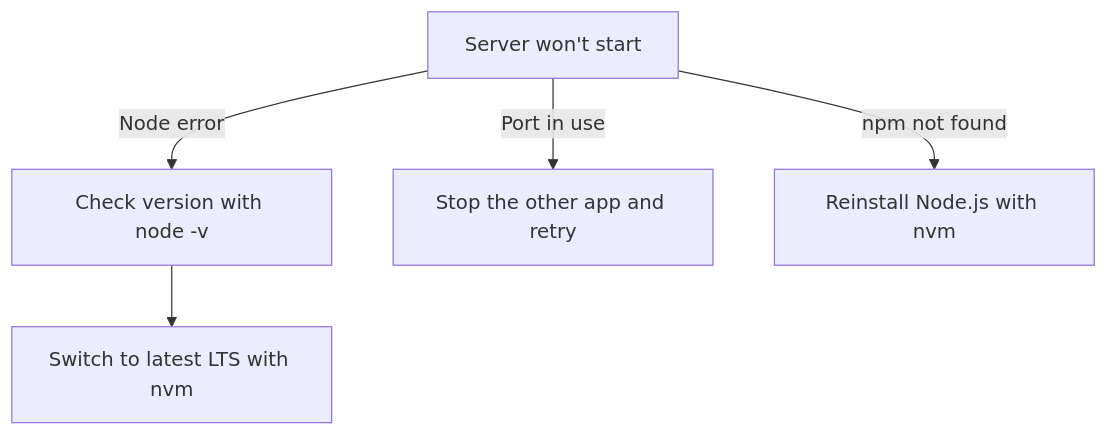
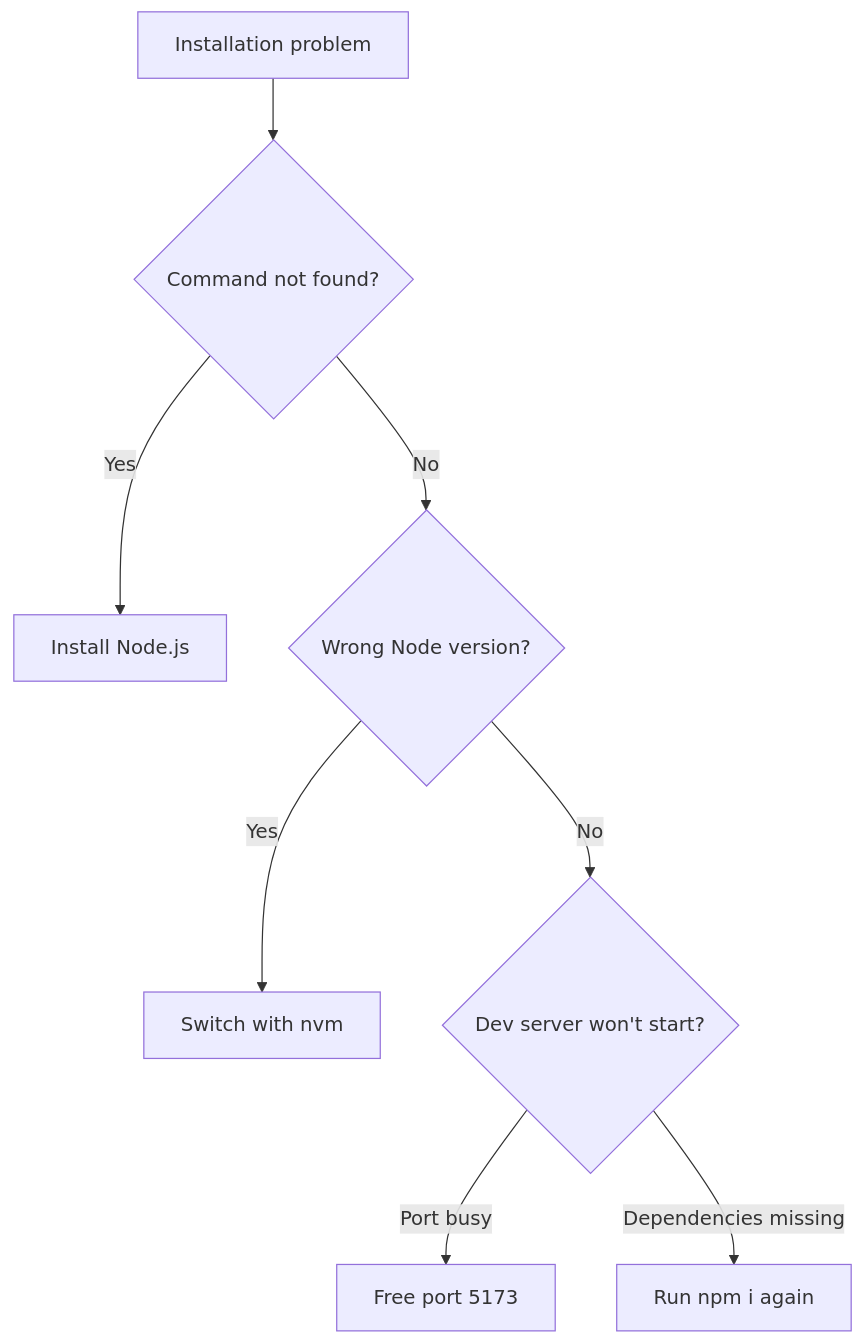
One commit to Mohita111/API2 changed the second of 2 diagrams in api2-documentation/plan_2026-11-02_f8890e/user-facing-docs/system-requirements-and-installation.md. Above: the diagram before and after it, drawn with Mermaid. The commit also changed other lines of this file and 11 other files, not shown here.

````diff
--- a/api2-documentation/plan_2026-11-02_f8890e/user-facing-docs/system-requirements-and-installation.md
+++ b/api2-documentation/plan_2026-11-02_f8890e/user-facing-docs/system-requirements-and-installation.md
@@ -38,7 +48,10 @@
 ```mermaid
 graph TD
-    A[Server won't start] -->|Node error| B[Check version with node -v]
-    A -->|Port in use| C[Stop the other app and retry]
-    A -->|npm not found| D["Reinstall Node.js with nvm"]
-    B --> E[Switch to latest LTS with nvm]
+    A[Installation problem] --> B{"Command not found?"}
+    B -->|Yes| C["Install Node.js"]
+    B -->|No| D{"Wrong Node version?"}
+    D -->|Yes| E[Switch with nvm]
+    D -->|No| F{"Dev server won't start?"}
+    F -->|Port busy| G[Free port 5173]
+    F -->|Dependencies missing| H[Run npm i again]
 ```
````
